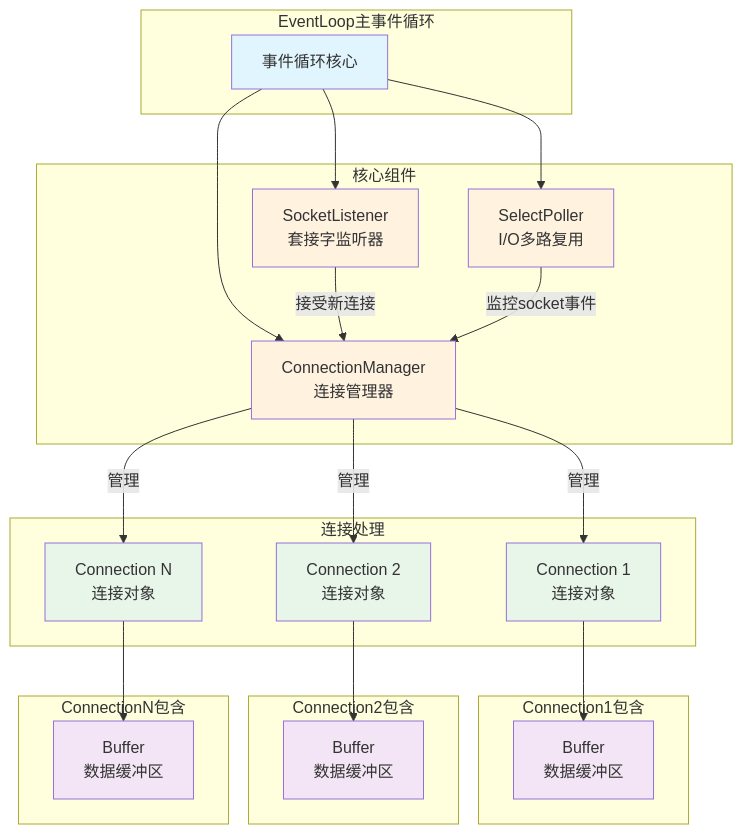
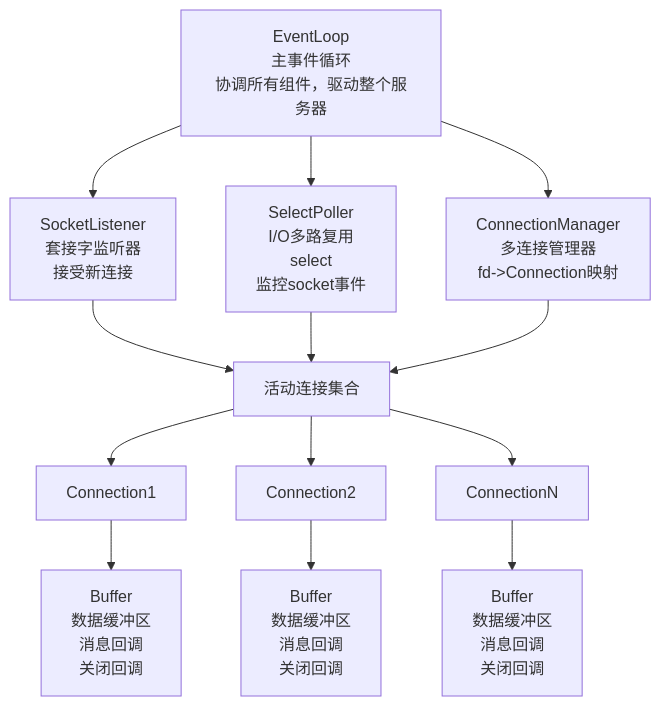
The diagram in README.md (lizining1231/Evolutionary-Cpp-Network-Library), drawn with Mermaid before and after one commit. The commit also changed other lines of this file, not shown here.

````diff
--- a/README.md
+++ b/README.md
@@ -131,55 +149,30 @@
 ```mermaid
-graph TB
-    subgraph EventLoop主事件循环
-        A[事件循环核心]
-    end
+flowchart TD
+    EventLoop[EventLoop<br>主事件循环<br>协调所有组件，驱动整个服务器]
 
-    subgraph 核心组件
-        B[SocketListener<br/>套接字监听器]
-        C[SelectPoller<br/>I/O多路复用]
-        D[ConnectionManager<br/>连接管理器]
-    end
+    EventLoop --> SocketListener
+    EventLoop --> SelectPoller
+    EventLoop --> ConnectionManager
 
-    subgraph 连接处理
-        E1[Connection 1<br/>连接对象]
-        E2[Connection 2<br/>连接对象]
-        E3[Connection N<br/>连接对象]
-    end
+    SocketListener[SocketListener<br>套接字监听器<br>接受新连接]
+    SelectPoller[SelectPoller<br>I/O多路复用<br>select<br>监控socket事件]
+    ConnectionManager[ConnectionManager<br>多连接管理器<br>fd->Connection映射]
 
-    subgraph Connection1包含
-        H1[Buffer<br/>数据缓冲区]
-    end
+    ActiveConns[活动连接集合]
 
-    subgraph Connection2包含
-        H2[Buffer<br/>数据缓冲区]
-    end
+    SocketListener --> ActiveConns
+    SelectPoller --> ActiveConns
+    ConnectionManager --> ActiveConns
 
-    subgraph ConnectionN包含
-        H3[Buffer<br/>数据缓冲区]
-    end
+    ActiveConns --> Conn1
+    ActiveConns --> Conn2
+    ActiveConns --> ConnN
 
-    A --> B
-    A --> C
-    A --> D
-    
-    B -->|接受新连接| D
-    C -->|监控socket事件| D
-    D -->|管理| E1
-    D -->|管理| E2
-    D -->|管理| E3
-    
-    E1 --> H1
-    E2 --> H2
-    E3 --> H3
+    Conn1[Connection1] --> Buffer1
+    Conn2[Connection2] --> Buffer2
+    ConnN[ConnectionN] --> BufferN
 
-    style A fill:#e1f5fe
-    style B fill:#fff3e0
-    style C fill:#fff3e0
-    style D fill:#fff3e0
-    style E1 fill:#e8f5e9
-    style E2 fill:#e8f5e9
-    style E3 fill:#e8f5e9
-    style H1 fill:#f3e5f5
-    style H2 fill:#f3e5f5
-    style H3 fill:#f3e5f5
+    Buffer1[Buffer<br>数据缓冲区<br>消息回调<br>关闭回调]
+    Buffer2[Buffer<br>数据缓冲区<br>消息回调<br>关闭回调]
+    BufferN[Buffer<br>数据缓冲区<br>消息回调<br>关闭回调]
 ```
````
